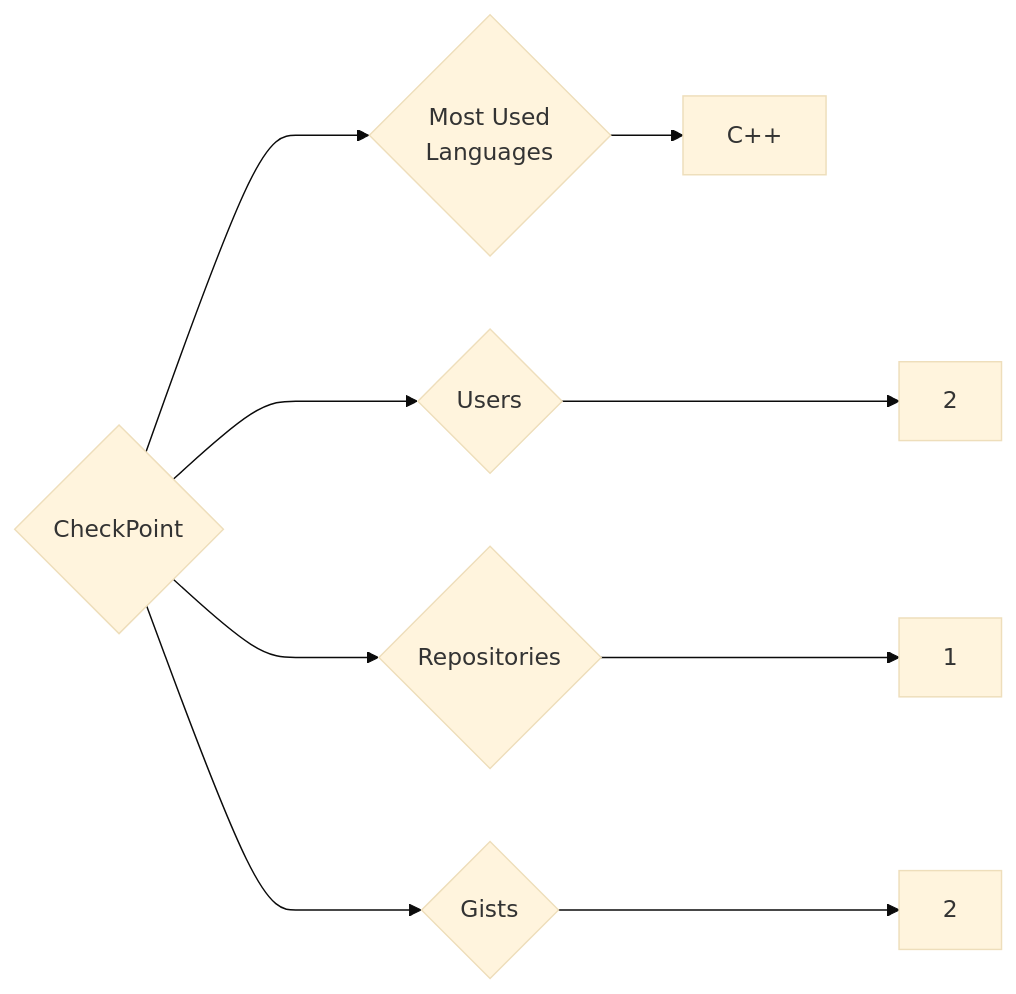
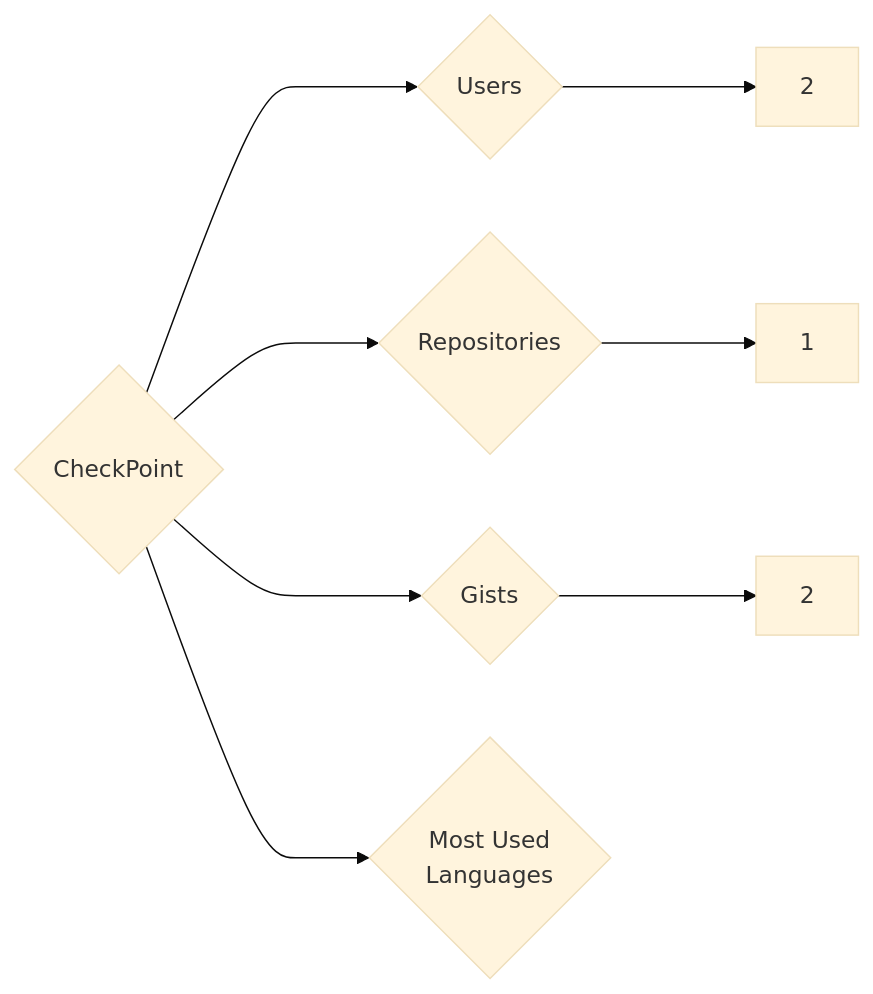
One commit to trickest/insiders changed the diagram in targets/CheckPoint/README.md. Above: the diagram before and after it, drawn with Mermaid (base theme). The commit also changed 629 other files, not shown here.

````diff
--- a/targets/CheckPoint/README.md
+++ b/targets/CheckPoint/README.md
@@ -3,9 +3,8 @@
 ```mermaid
 graph LR
 COMPANY_NAME{CheckPoint}
 COMPANY_NAME ---> U{Users} ---> UN[2]
 COMPANY_NAME ---> R{Repositories} ---> RN[1]
 COMPANY_NAME ---> G{Gists} ---> GN[2]
 COMPANY_NAME ---> ML{Most Used<br>Languages}
-ML --> C++[C++]
 ```
````
